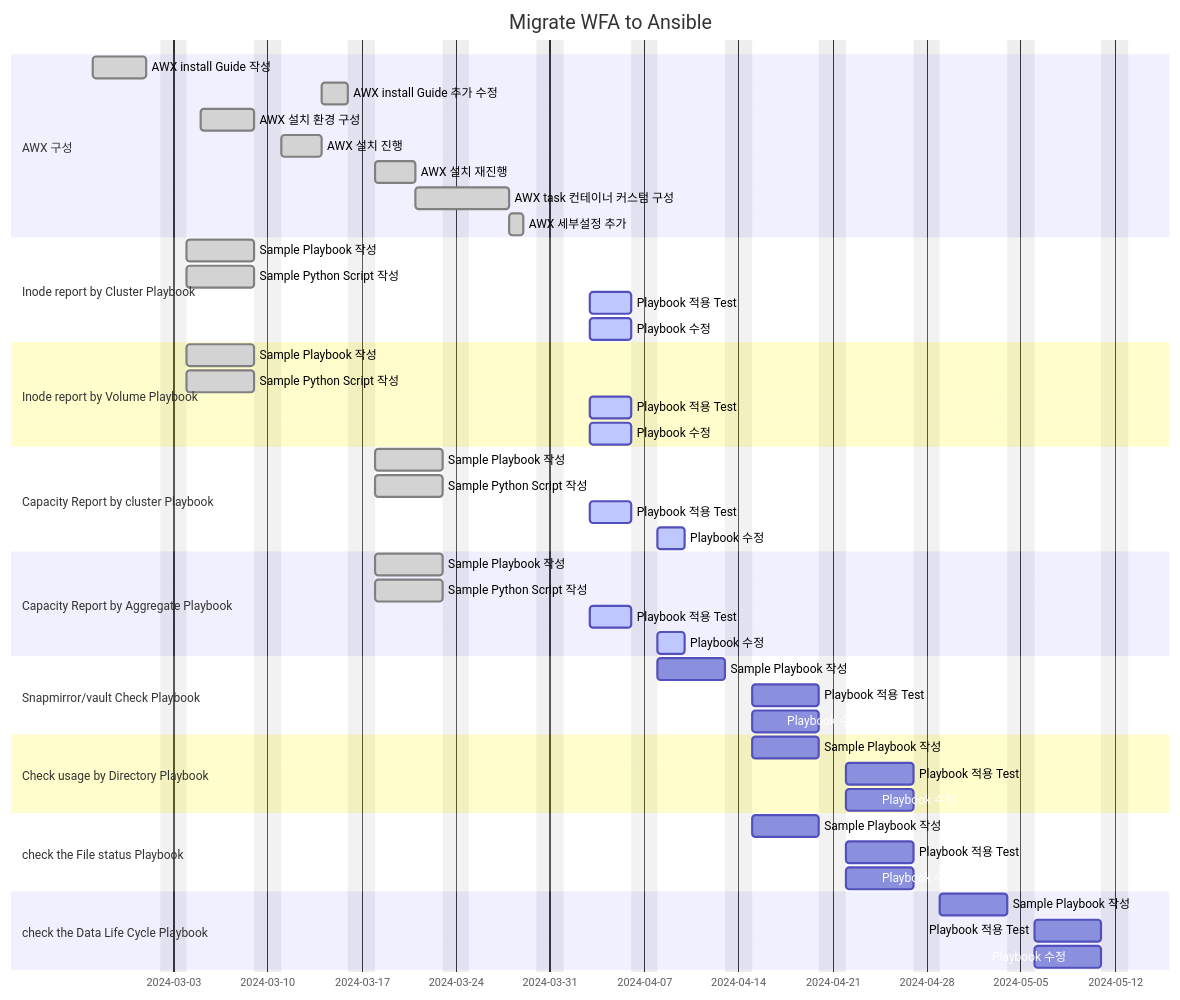
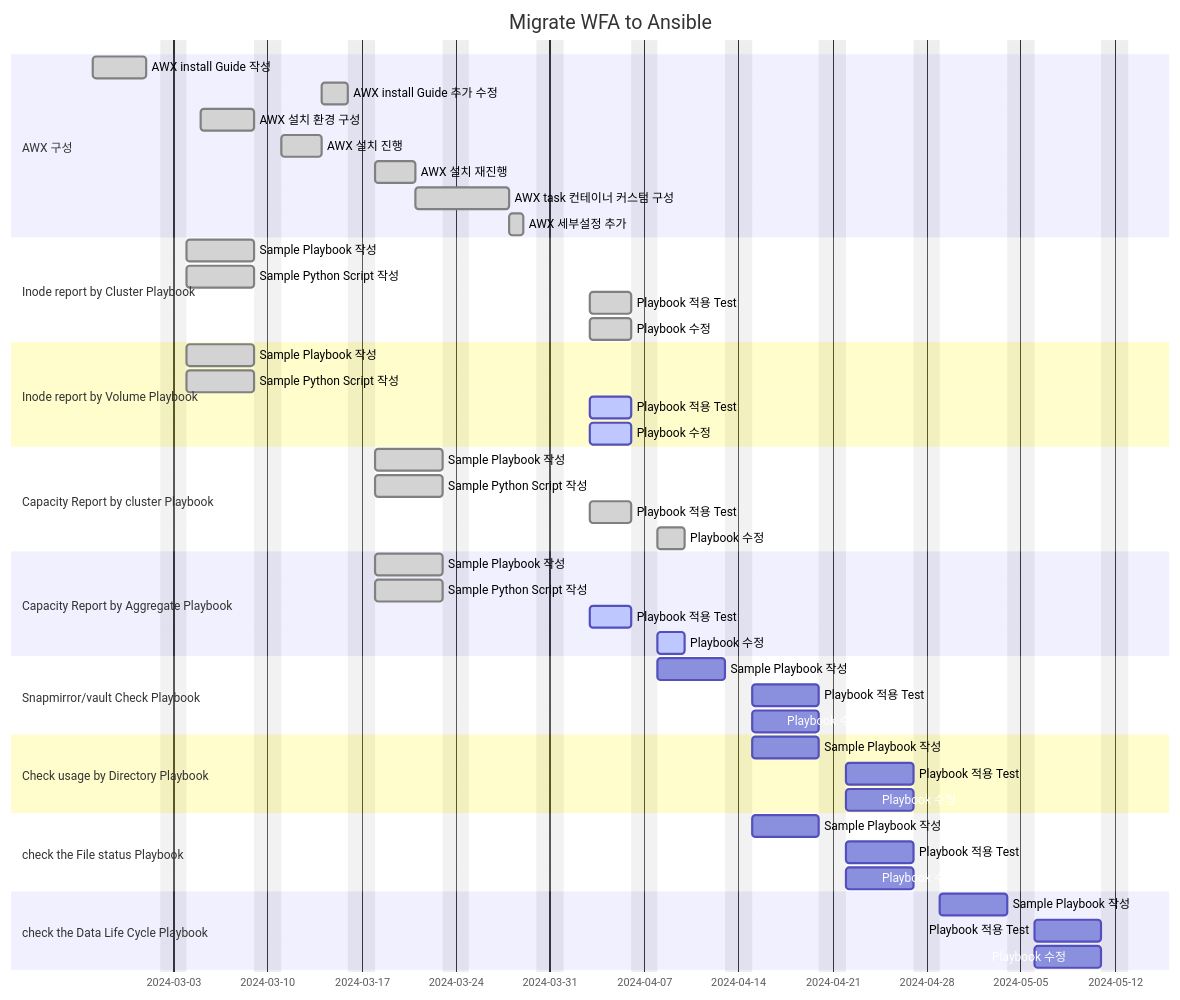
The diagram in SKHynix/Readme.md (netappkr/AnsiblePlaybook), drawn with Mermaid before and after one commit.

````diff
--- a/SKHynix/Readme.md
+++ b/SKHynix/Readme.md
@@ -70,60 +70,60 @@
 ```mermaid
 gantt
     title Migrate WFA to Ansible
     dateFormat  YYYY-MM-DD
     excludes    weekends
 
     section AWX 구성
     AWX install Guide 작성  : done, awx1, 2024-02-26, 4d
     AWX install Guide 추가 수정  : done, awx1-1, after awx3, 2d
     AWX 설치 환경 구성  : done, awx2, 2024-03-05, 4d
     AWX 설치 진행 : done, awx3, after awx2 , 3d
     AWX 설치 재진행 : done, awx3-1, after awx1-1 , 3d
     AWX task 컨테이너 커스텀 구성: done, awx3-2, after awx3-1, 5d
     AWX 세부설정 추가 : done, awx4, after awx3-2, 1d
     
 
     section Inode report by Cluster Playbook
     Sample Playbook 작성 : done, p1-1, 2024-03-04, 5d
     Sample Python Script 작성 : done, p1-2, 2024-03-04, 5d
-    Playbook 적용 Test: active, p1-3, 2024-04-03,  3d
-    Playbook 수정 : active, p1-4, 2024-04-03 , 3d
+    Playbook 적용 Test: done, p1-3, 2024-04-03,  3d
+    Playbook 수정 : done, p1-4, 2024-04-03 , 3d
 
     section Inode report by Volume Playbook
     Sample Playbook 작성 : done, p2-1, 2024-03-04, 5d
     Sample Python Script 작성 : done, p2-2, 2024-03-04, 5d
     Playbook 적용 Test: active, p2-3, 2024-04-03,  3d
     Playbook 수정 : active, p2-4, 2024-04-03 , 3d
 
     section Capacity Report by cluster Playbook
     Sample Playbook 작성 : done, p3-1, 2024-03-18, 5d
     Sample Python Script 작성 : done, p3-2, 2024-03-18, 5d
-    Playbook 적용 Test: active, p3-3, 2024-04-03,  3d
-    Playbook 수정 : active, p3-4, 2024-04-08 , 2d
+    Playbook 적용 Test: done, p3-3, 2024-04-03,  3d
+    Playbook 수정 : done, p3-4, 2024-04-08 , 2d
 
     section Capacity Report by Aggregate Playbook
     Sample Playbook 작성 : done, p4-1, 2024-03-18, 5d
     Sample Python Script 작성 : done, p4-2, 2024-03-18, 5d
     Playbook 적용 Test: active, p4-3, 2024-04-03,  3d
     Playbook 수정 : active, p4-3, 2024-04-08 , 2d
 
     section Snapmirror/vault Check Playbook
     Sample Playbook 작성 : p6-1, 2024-04-08, 5d
     Playbook 적용 Test: p6-2, after p6-1,  5d
     Playbook 수정 : p6-3, after p6-1 , 5d
 
     section Check usage by Directory Playbook
     Sample Playbook 작성 : p7-1, 2024-04-15, 5d
     Playbook 적용 Test: p7-2, after p7-1,  5d
     Playbook 수정 : p7-3, after p7-1 , 5d
 
     section check the File status Playbook
     Sample Playbook 작성 : p8-1, 2024-04-15, 5d
     Playbook 적용 Test: p8-2, after p8-1,  5d
     Playbook 수정 : p8-3, after p8-1 , 5d
 
     section check the Data Life Cycle Playbook
     Sample Playbook 작성 : p10-1, 2024-04-29, 5d
     Playbook 적용 Test: p10-2, after p10-1,  5d
     Playbook 수정 : p10-3, after p10-1 , 5d
 ```
````
